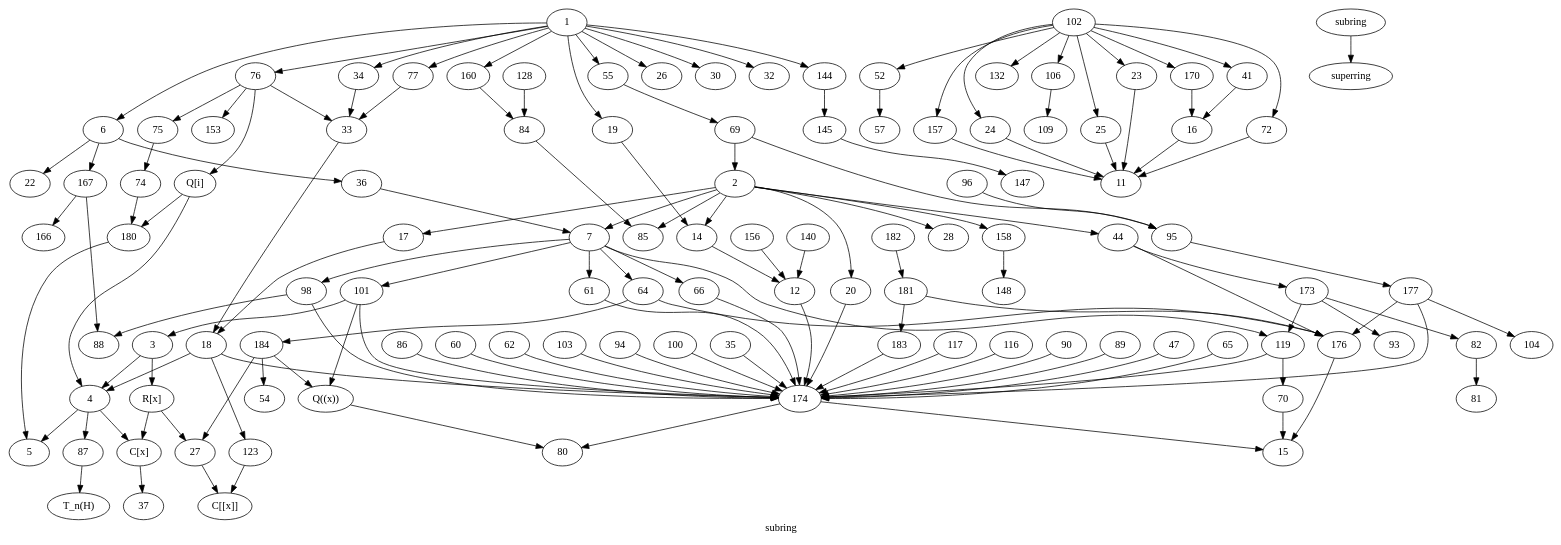
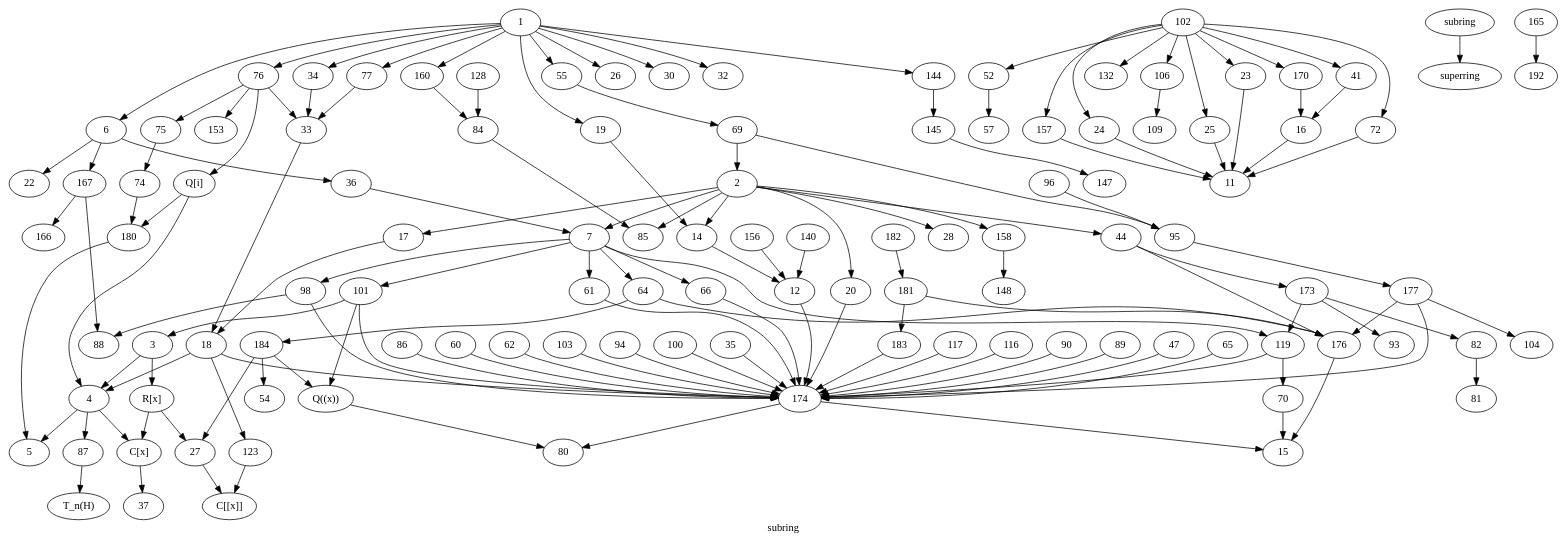
Before and after one commit to rschwiebert/dart_data: the diagram in map_dotfiles/subring.dot, drawn with Graphviz. The commit also changed 12 other files, not shown here.

```diff
--- a/map_dotfiles/subring.dot
+++ b/map_dotfiles/subring.dot
@@ -158,6 +158,8 @@
   64 -> 184;
   184 -> 27;
   184 -> 54;//specialize 54 to Q
+  165 -> 192;
+
 
 
   // Proposed
```
